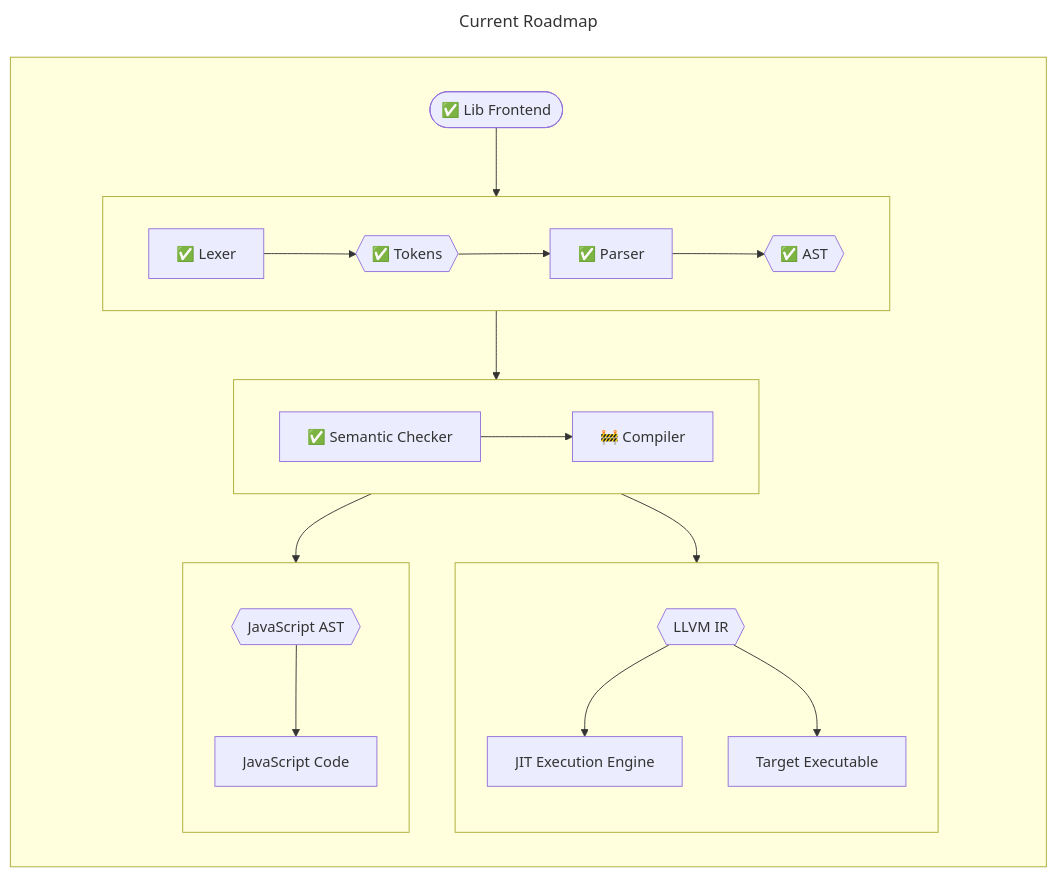
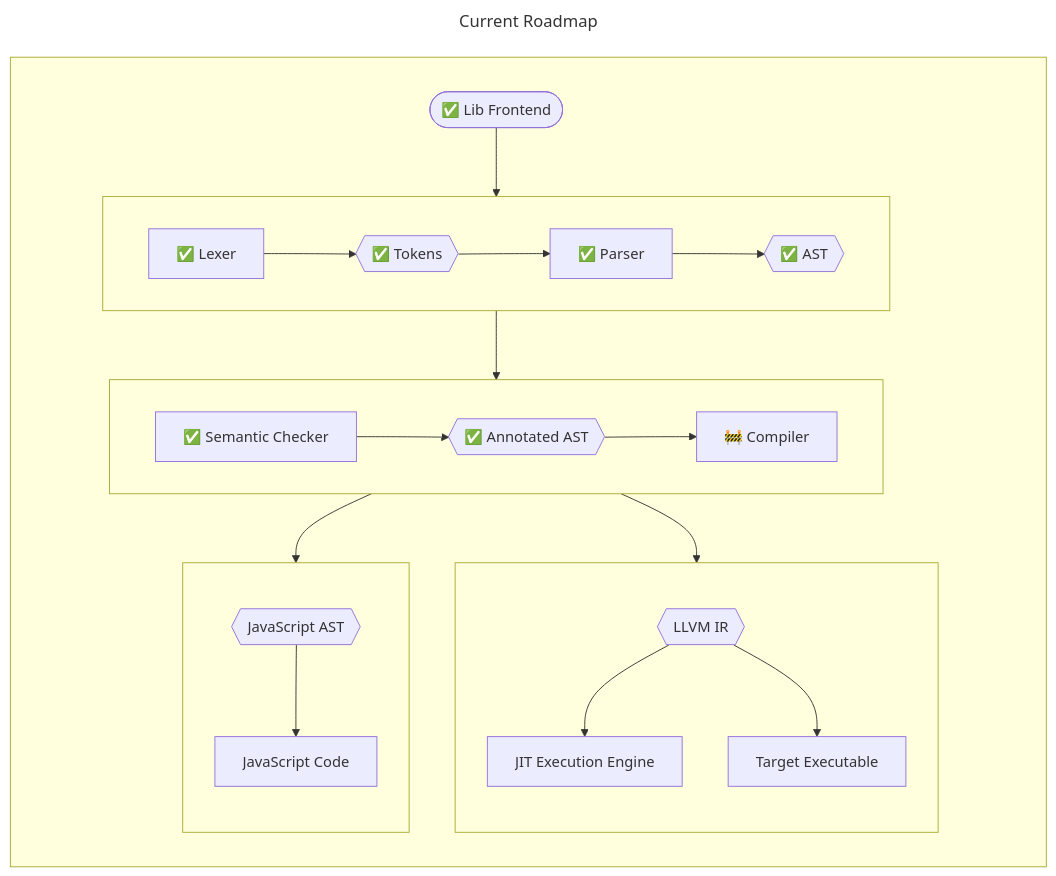
Before and after one commit to heinthanth/mabel-test: the diagram in README.md, drawn with Mermaid. The commit also changed other lines of this file and 17 other files, not shown here.

Commit message:
feat(sem-check): add annotated ast and coverage changes

````diff
--- a/README.md
+++ b/README.md
@@ -13,30 +13,31 @@
 ```mermaid
 ---
 title: Current Roadmap
 ---
 graph TB;
     subgraph roadmap[ ]
         direction TB
         subgraph ParserGraph[ ]
             direction LR
             Lexer[✅ Lexer] --> Tokens{{✅ Tokens}} --> Parser[✅ Parser] --> AST{{✅ AST}}
         end
         subgraph CompilerGraph[ ]
             direction LR
-            SemCheck[✅ Semantic Checker] --> Compiler[🚧 Compiler]
+            SemCheck[✅ Semantic Checker] --> AnnotatedAST{{✅ Annotated AST}}
+            AnnotatedAST --> Compiler[🚧 Compiler]
         end
         subgraph LLVMCodeGenGraph[ ]
             direction TB
             LLVMIR{{LLVM IR}} --> JITExecutionEngine[JIT Execution Engine]
             LLVMIR --> TargetExecutable[Target Executable]
         end
         subgraph JsCdoeGenGraph[ ]
             direction TB
             JsAst{{JavaScript AST}} --> JavaScript[JavaScript Code]
         end
         Start([✅ Lib Frontend]) -->  ParserGraph
         ParserGraph --> CompilerGraph
         CompilerGraph --> LLVMCodeGenGraph
         CompilerGraph --> JsCdoeGenGraph
     end
 ```
````
